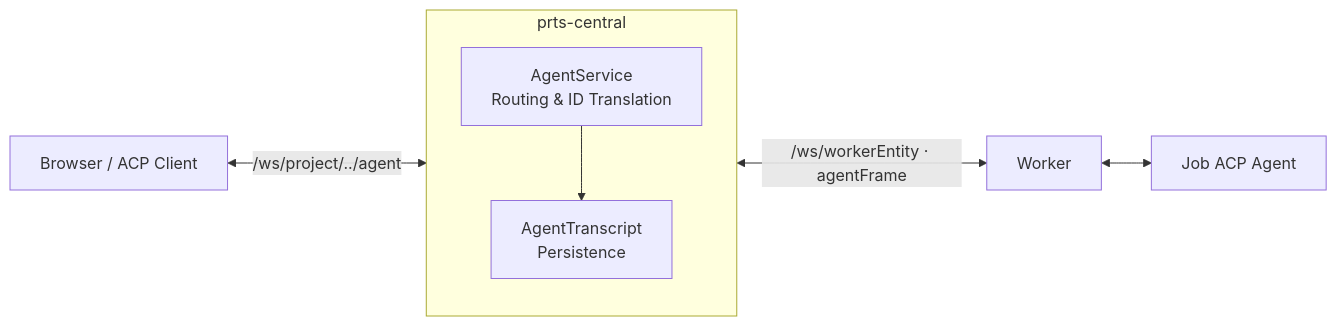
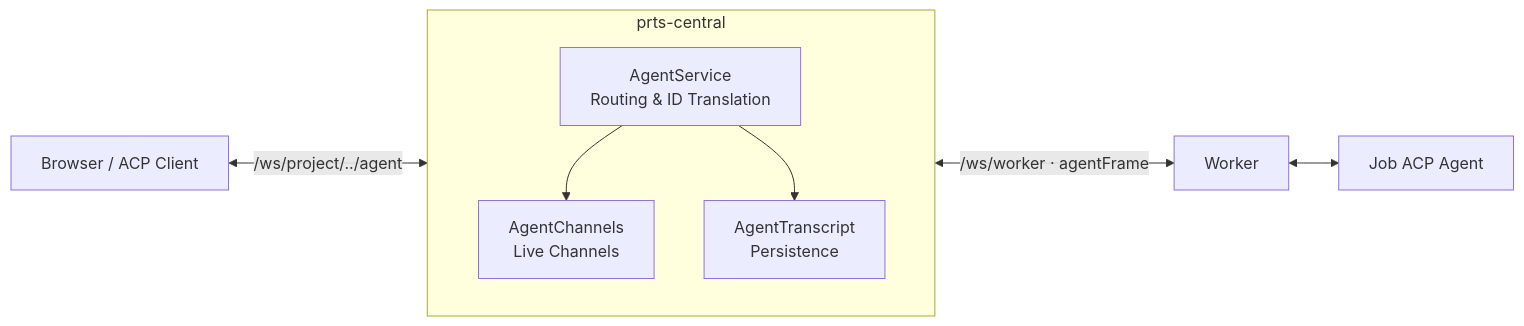
One commit to iceBear67/prts-central changed the diagram in agent-docs/agent-acp.md. Above: the diagram before and after it, drawn with Mermaid. The commit also changed 5 other files, not shown here.

````diff
--- a/agent-docs/agent-acp.md
+++ b/agent-docs/agent-acp.md
@@ -5,11 +5,13 @@
 ```mermaid
 flowchart LR
     B[Browser / ACP Client] <-->|/ws/project/../agent| C
     subgraph C[prts-central]
         AS[AgentService<br/>Routing & ID Translation]
+        AC[AgentChannels<br/>Live Channels]
         AT[AgentTranscript<br/>Persistence]
+        AS --> AC
         AS --> AT
     end
-    C <-->|/ws/workerEntity · agentFrame| W[Worker]
+    C <-->|/ws/worker · agentFrame| W[Worker]
     W <--> A[Job ACP Agent]
 ```
````
